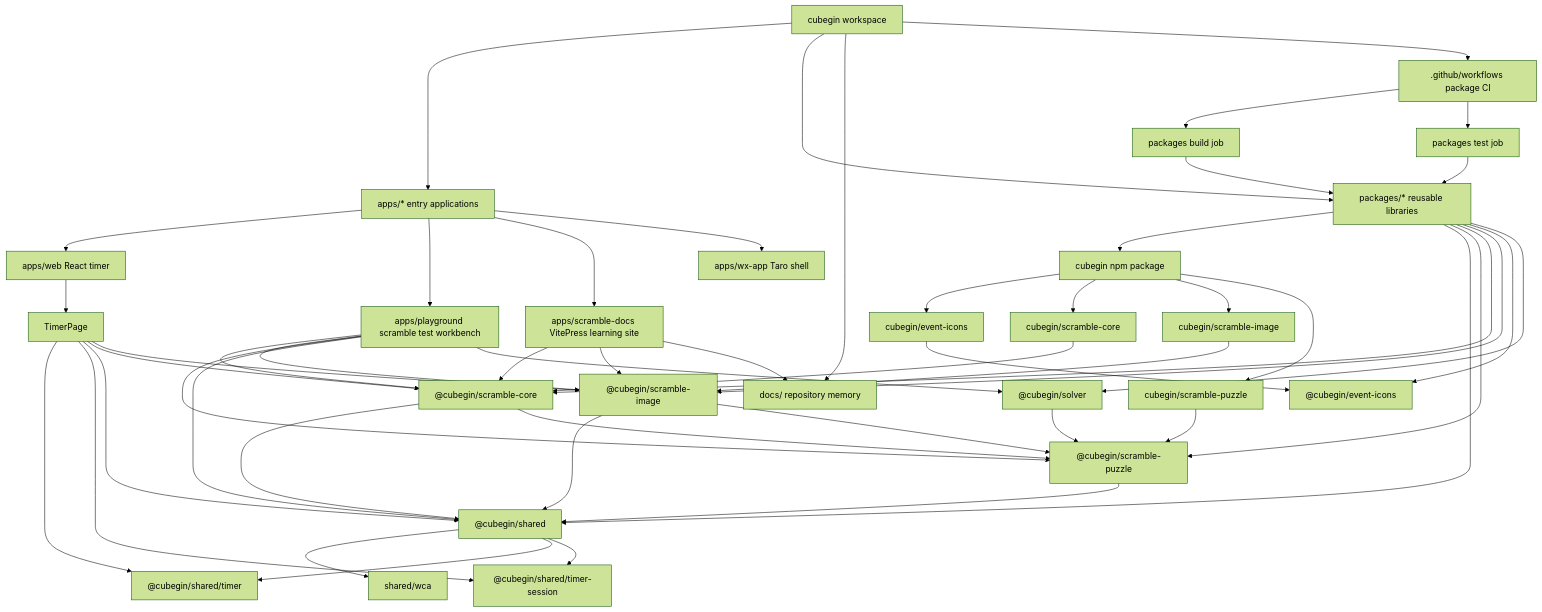
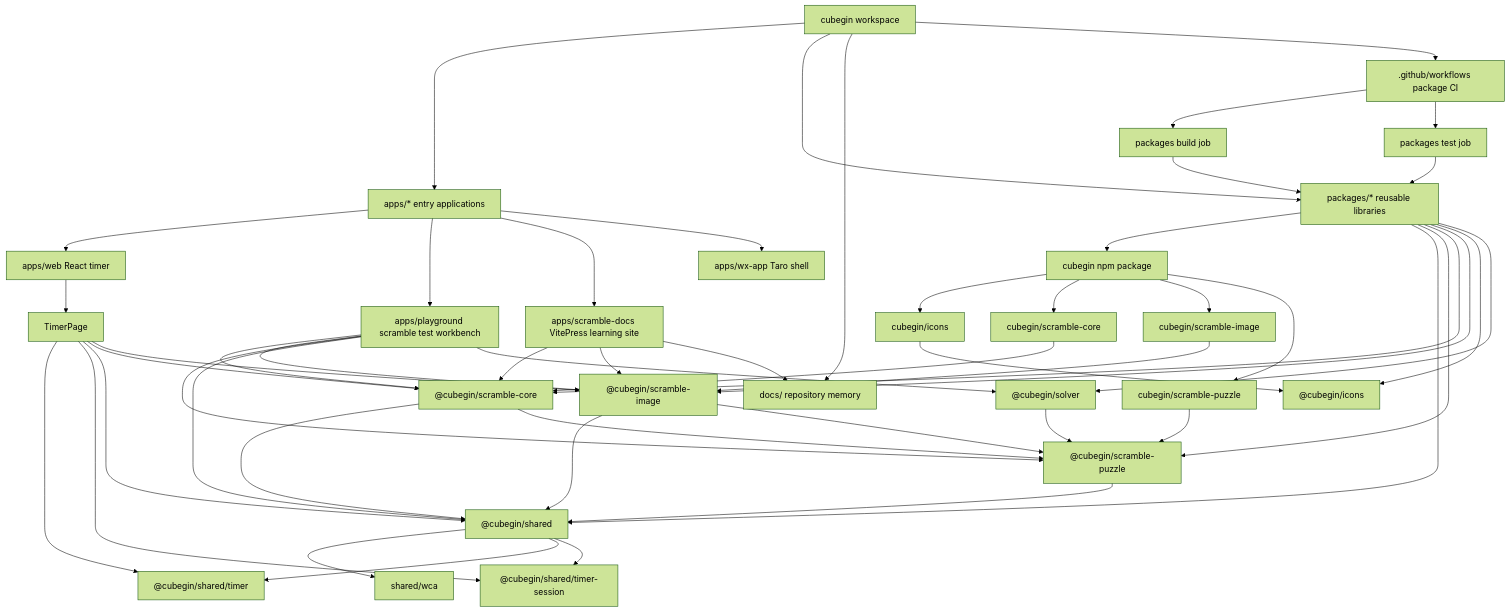
Before and after one commit to deweyou/cube-kit: the diagram in docs/project-structure.md, drawn with Mermaid (forest theme). The commit also changed other lines of this file and 56 other files, not shown here.

Commit message:
feat: expand cubegin icons package

````diff
--- a/docs/project-structure.md
+++ b/docs/project-structure.md
@@ -3,53 +3,53 @@
 ```mermaid
 flowchart TD
     Root["cubegin workspace"] --> Apps["apps/* entry applications"]
     Root --> Packages["packages/* reusable libraries"]
     Root --> Docs["docs/ repository memory"]
     Root --> Ci[".github/workflows package CI"]
     Apps --> Web["apps/web React timer"]
     Apps --> Playground["apps/playground scramble test workbench"]
     Apps --> ScrambleDocs["apps/scramble-docs VitePress learning site"]
     Apps --> Wx["apps/wx-app Taro shell"]
     Web --> TimerPage["TimerPage"]
     TimerPage --> SharedTimer["@cubegin/shared/timer"]
     TimerPage --> SharedTimerSession["@cubegin/shared/timer-session"]
     Packages --> PublicCore["cubegin npm package"]
     Packages --> SharedPkg["@cubegin/shared"]
     Packages --> PuzzlePkg["@cubegin/scramble-puzzle"]
     Packages --> CorePkg["@cubegin/scramble-core"]
     Packages --> ImagePkg["@cubegin/scramble-image"]
-    Packages --> EventIconsPkg["@cubegin/event-icons"]
+    Packages --> IconsPkg["@cubegin/icons"]
     Packages --> SolverPkg["@cubegin/solver"]
-    PublicCore --> IconPath["cubegin/event-icons"]
+    PublicCore --> IconPath["cubegin/icons"]
     PublicCore --> CorePath["cubegin/scramble-core"]
     PublicCore --> ImagePath["cubegin/scramble-image"]
     PublicCore --> PuzzlePath["cubegin/scramble-puzzle"]
     CorePath --> CorePkg
     ImagePath --> ImagePkg
     PuzzlePath --> PuzzlePkg
-    IconPath --> EventIconsPkg
+    IconPath --> IconsPkg
     SharedPkg --> SharedWca["shared/wca"]
     SharedPkg --> SharedTimer
     SharedPkg --> SharedTimerSession
     CorePkg --> SharedPkg
     CorePkg --> PuzzlePkg
     ImagePkg --> SharedPkg
     ImagePkg --> PuzzlePkg
     SolverPkg --> PuzzlePkg
     PuzzlePkg --> SharedPkg
     TimerPage --> SharedPkg
     TimerPage --> CorePkg
     TimerPage --> ImagePkg
     Playground --> CorePkg
     Playground --> ImagePkg
     Playground --> PuzzlePkg
     Playground --> SharedPkg
     Playground --> SolverPkg
     ScrambleDocs --> CorePkg
     ScrambleDocs --> ImagePkg
     ScrambleDocs --> Docs
     Ci --> PackageBuild["packages build job"]
     Ci --> PackageTest["packages test job"]
     PackageBuild --> Packages
     PackageTest --> Packages
 ```
````
